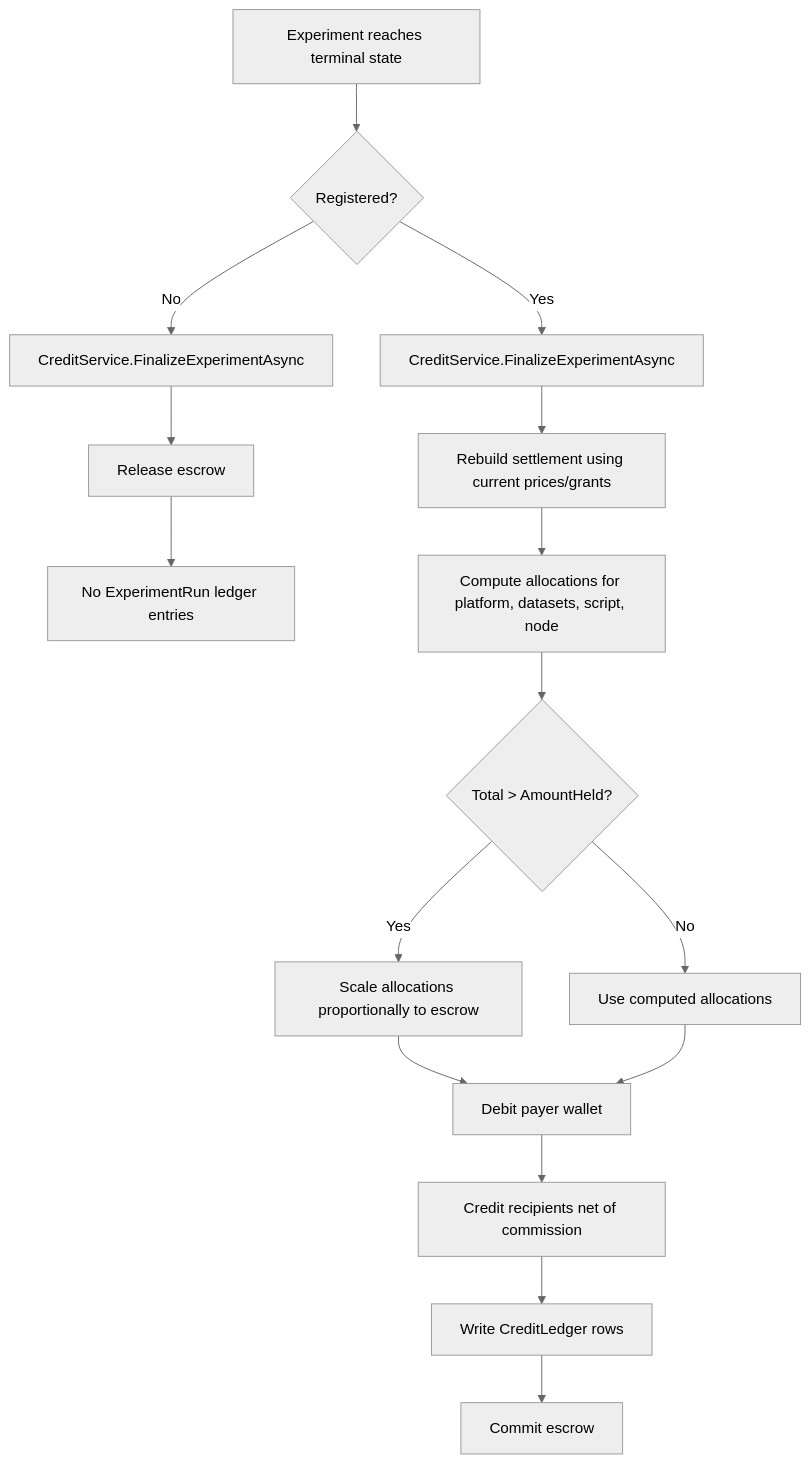
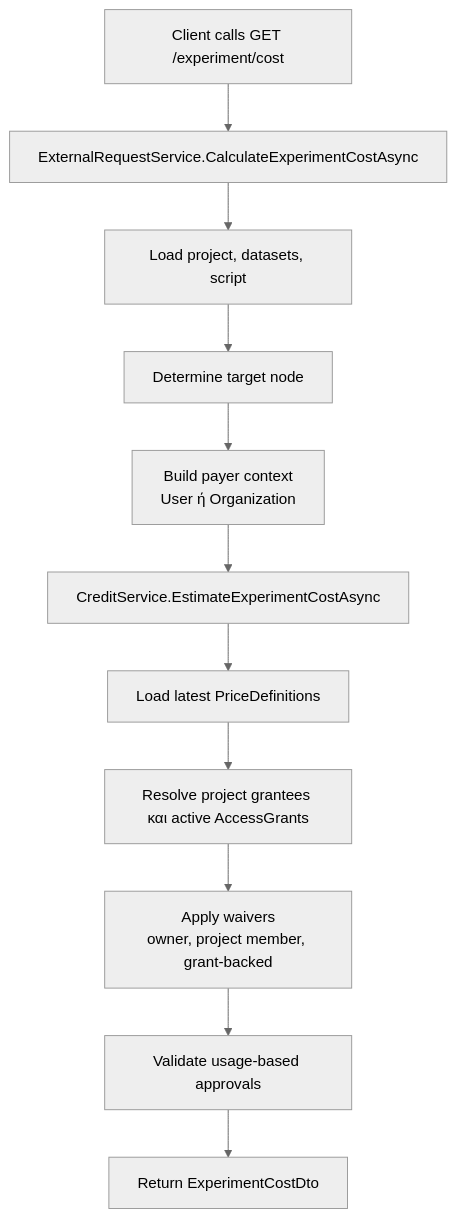
One commit to mtimoleon/notebook changed the fourth of 8 diagrams in Notes/Auth/Projects/RAISE/Documentation/Credit System Documentation.md. Above: the diagram before and after it, drawn with Mermaid (neutral theme). The commit also changed other lines of this file and 36 other files, not shown here.

````diff
--- a/Notes/Auth/Projects/RAISE/Documentation/Credit System Documentation.md
+++ b/Notes/Auth/Projects/RAISE/Documentation/Credit System Documentation.md
@@ -393,18 +456,13 @@
 ```mermaid
 flowchart TD
-    A[Experiment reaches terminal state] --> B{Registered?}
-    B -- No --> C[CreditService.FinalizeExperimentAsync]
-    C --> D[Release escrow]
-    D --> E[No ExperimentRun ledger entries]
-    B -- Yes --> F[CreditService.FinalizeExperimentAsync]
-    F --> G[Rebuild settlement using current prices/grants]
-    G --> H[Compute allocations for platform, datasets, script, node]
-    H --> I{Total > AmountHeld?}
-    I -- Yes --> J[Scale allocations proportionally to escrow]
-    I -- No --> K[Use computed allocations]
-    J --> L[Debit payer wallet]
-    K --> L
-    L --> M[Credit recipients net of commission]
-    M --> N[Write CreditLedger rows]
-    N --> O[Commit escrow]
+    A[Client calls GET /experiment/cost] --> B[ExternalRequestService.CalculateExperimentCostAsync]
+    B --> C[Load project, datasets, script]
+    C --> D[Determine target node]
+    D --> E[Build payer context<br/>User ή Organization]
+    E --> F[CreditService.EstimateExperimentCostAsync]
+    F --> G[Load latest PriceDefinitions]
+    G --> H[Resolve project grantees και active AccessGrants]
+    H --> I[Apply waivers<br/>owner, project member, grant-backed]
+    I --> J[Validate usage-based approvals]
+    J --> K[Return ExperimentCostDto]
 ```
````
